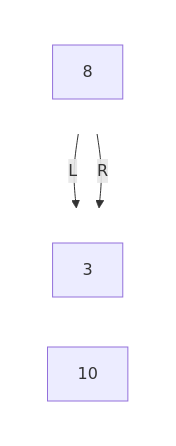
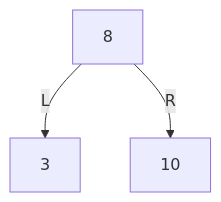
Before and after one commit to FormingSystem/linux_note: the fifth of 7 diagrams in tools/ai/application/mermaid_require.md, drawn with Mermaid. The commit also changed other lines of this file and 5 other files, not shown here.

First line of the commit message:
fix(repository/mermaid): 修复跨渲染器树图布局

````diff
--- a/tools/ai/application/mermaid_require.md
+++ b/tools/ai/application/mermaid_require.md
@@ -80,19 +81,11 @@
 ```mermaid
 graph TD
-	subgraph level0[" "]
-		direction LR
 		A["8"]
-	end
 
-	subgraph level1[" "]
-		direction LR
 		B["3"]
 		C["10"]
-	end
 
 	A -->|L| B
 	A -->|R| C
 
-	style level0 fill:transparent,stroke:transparent;
-	style level1 fill:transparent,stroke:transparent;
 ```
````
